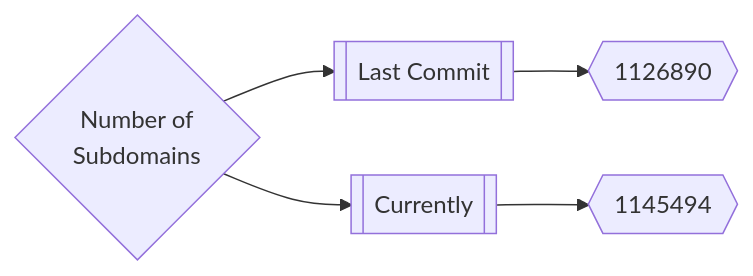
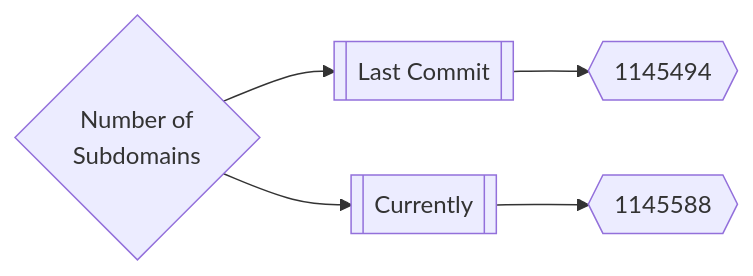
The first of 3 diagrams in README.md (trickest/inventory), drawn with Mermaid before and after one commit. The commit also changed other lines of this file, not shown here.

Commit message:
Update Fri Apr  1 19:02:39 UTC 2022

````diff
--- a/README.md
+++ b/README.md
@@ -165,5 +165,5 @@
 ```mermaid
 graph LR
-title{Number of<br>Subdomains} --> subdomainsDate1[[Last Commit]] --> subdomainsNum1{{1126890}}
-title --> subdomainsDate2[[Currently]] --> subdomainsNum2{{1145494}}
+title{Number of<br>Subdomains} --> subdomainsDate1[[Last Commit]] --> subdomainsNum1{{1145494}}
+title --> subdomainsDate2[[Currently]] --> subdomainsNum2{{1145588}}
 ```
````
